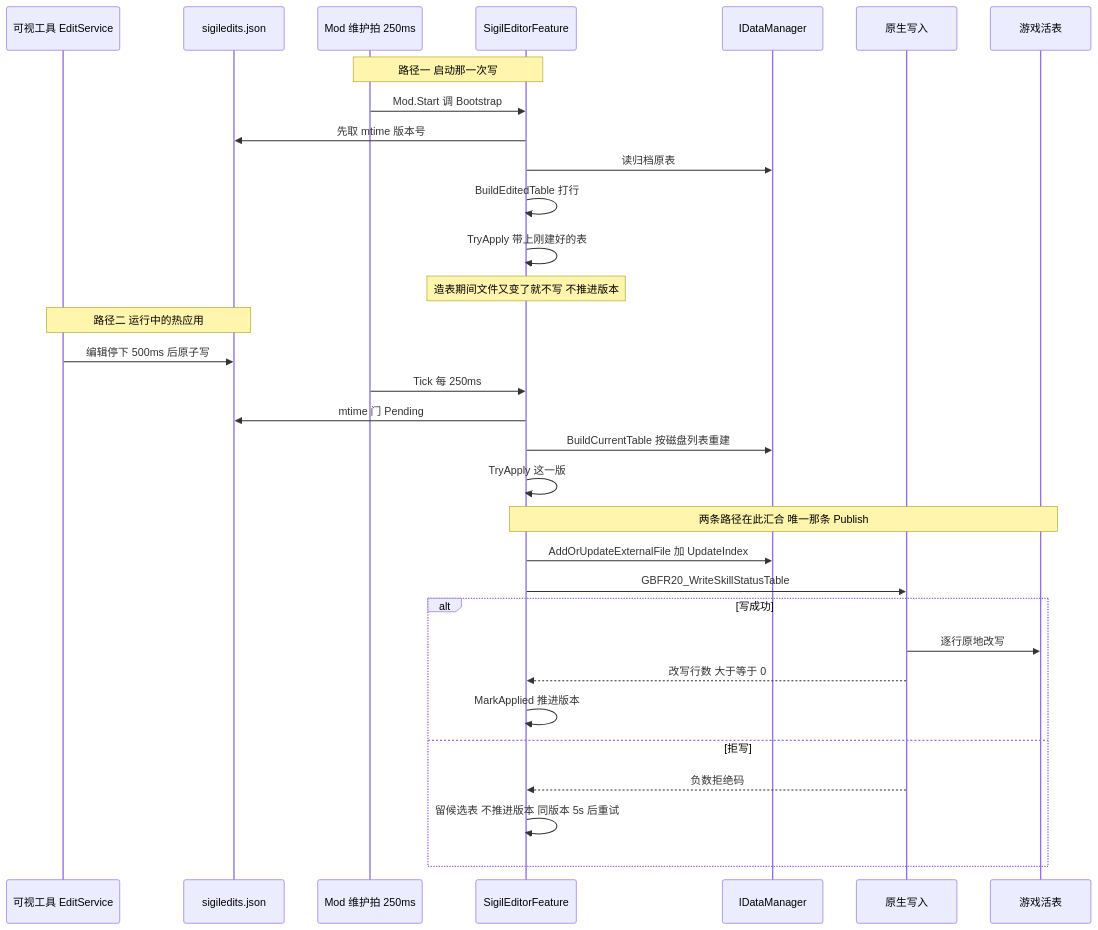
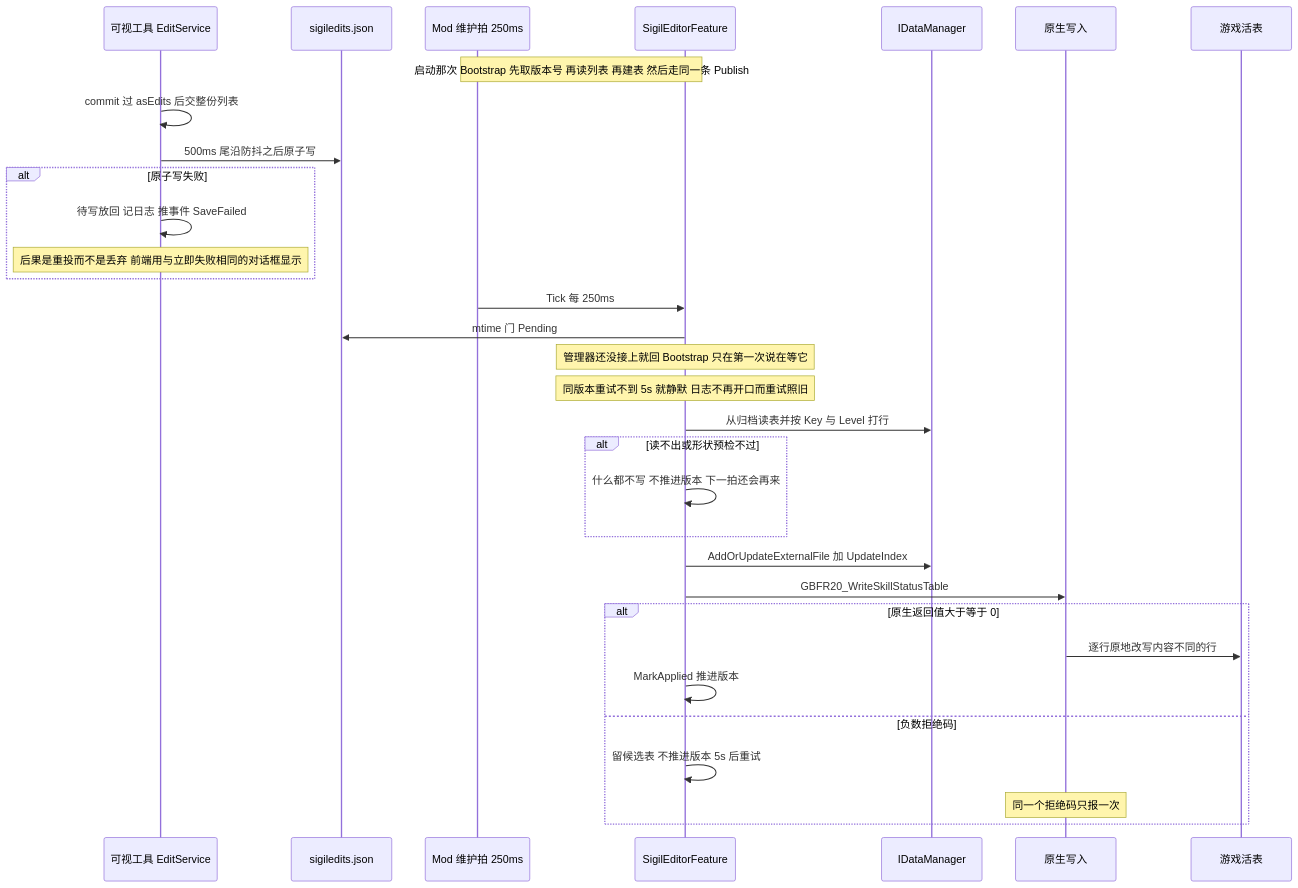
One commit to baagod/GBFR-Sigil-Loadout changed the first of 2 diagrams in openwiki/workflows/sigil-edit-apply.md. Above: the diagram before and after it, drawn with Mermaid. The commit also changed other lines of this file and 33 other files, not shown here.

````diff
--- a/openwiki/workflows/sigil-edit-apply.md
+++ b/openwiki/workflows/sigil-edit-apply.md
@@ -67,37 +72,35 @@
 ```mermaid
 sequenceDiagram
     participant Tool as 可视工具 EditService
     participant File as sigiledits.json
     participant Tick as Mod 维护拍 250ms
     participant FE as SigilEditorFeature
     participant DM as IDataManager
     participant NC as 原生写入
     participant Game as 游戏活表
 
-    Note over Tick,FE: 路径一 启动那一次写
-    Tick->>FE: Mod.Start 调 Bootstrap
-    FE->>File: 先取 mtime 版本号
-    FE->>DM: 读归档原表
-    FE->>FE: BuildEditedTable 打行
-    FE->>FE: TryApply 带上刚建好的表
-    Note over FE: 造表期间文件又变了就不写 不推进版本
-
-    Note over Tool,File: 路径二 运行中的热应用
-    Tool->>File: 编辑停下 500ms 后原子写
+    Note over Tick,FE: 启动那次 Bootstrap 先取版本号 再读列表 再建表 然后走同一条 Publish
+    Tool->>Tool: commit 过 asEdits 后交整份列表
+    Tool->>File: 500ms 尾沿防抖之后原子写
+    alt 原子写失败
+        Tool->>Tool: 待写放回 记日志 推事件 SaveFailed
+        Note over Tool: 后果是重投而不是丢弃 前端用与立即失败相同的对话框显示
+    end
     Tick->>FE: Tick 每 250ms
     FE->>File: mtime 门 Pending
-    FE->>DM: BuildCurrentTable 按磁盘列表重建
-    FE->>FE: TryApply 这一版
-
-    Note over FE,Game: 两条路径在此汇合 唯一那条 Publish
+    Note over FE: 管理器还没接上就回 Bootstrap 只在第一次说在等它
+    Note over FE: 同版本重试不到 5s 就静默 日志不再开口而重试照旧
+    FE->>DM: 从归档读表并按 Key 与 Level 打行
+    alt 读不出或形状预检不过
+        FE->>FE: 什么都不写 不推进版本 下一拍还会再来
+    end
     FE->>DM: AddOrUpdateExternalFile 加 UpdateIndex
     FE->>NC: GBFR20_WriteSkillStatusTable
-    alt 写成功
-        NC->>Game: 逐行原地改写
-        NC-->>FE: 改写行数 大于等于 0
+    alt 原生返回值大于等于 0
+        NC->>Game: 逐行原地改写内容不同的行
         FE->>FE: MarkApplied 推进版本
-    else 拒写
-        NC-->>FE: 负数拒绝码
-        FE->>FE: 留候选表 不推进版本 同版本 5s 后重试
+    else 负数拒绝码
+        FE->>FE: 留候选表 不推进版本 5s 后重试
+        Note over NC: 同一个拒绝码只报一次
     end
 ```
````
